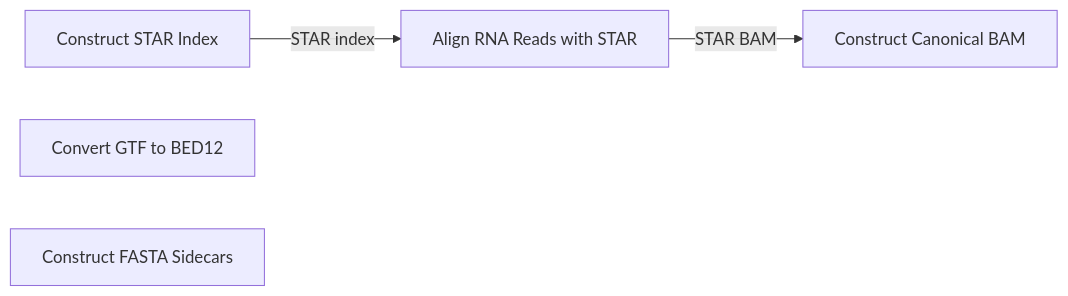
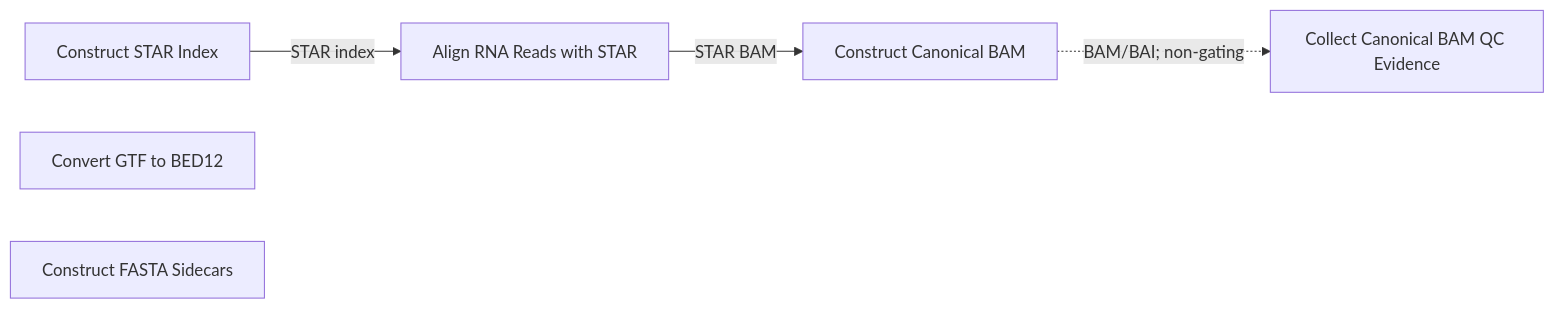
Before and after one commit to lab-cats/EMRYS: the diagram in src/norad/contracts/STAGE_MAP.md, drawn with Mermaid. The commit also changed other lines of this file, not shown here.

Commit message:
docs: map non-gating BAM QC evidence

````diff
--- a/src/norad/contracts/STAGE_MAP.md
+++ b/src/norad/contracts/STAGE_MAP.md
@@ -94,11 +96,13 @@
 ```mermaid
 flowchart LR
     construct_STAR_index["Construct STAR Index"]
     convert_GTF_to_BED12["Convert GTF to BED12"]
     construct_FASTA_sidecars["Construct FASTA Sidecars"]
     align_RNA_reads_with_STAR["Align RNA Reads with STAR"]
     construct_canonical_BAM["Construct Canonical BAM"]
+    collect_canonical_BAM_QC_evidence["Collect Canonical BAM QC Evidence"]
 
     construct_STAR_index -->|STAR index| align_RNA_reads_with_STAR
     align_RNA_reads_with_STAR -->|STAR BAM| construct_canonical_BAM
+    construct_canonical_BAM -.->|BAM/BAI; non-gating| collect_canonical_BAM_QC_evidence
 ```
````
